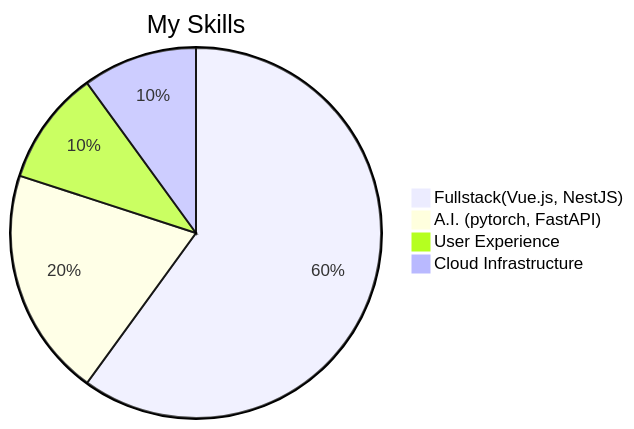
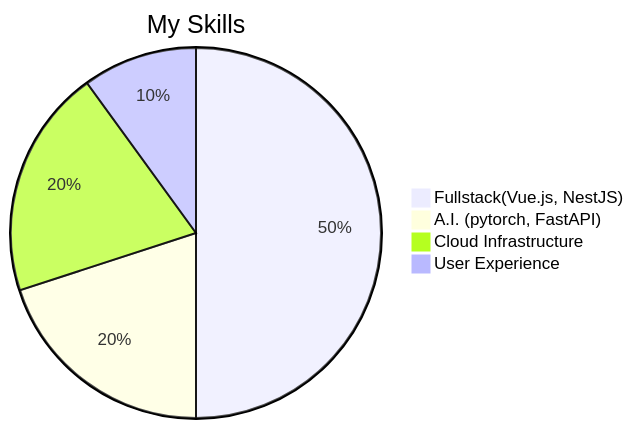
One commit to Yc-Chen/Yc-Chen changed the diagram in README.md. Above: the diagram before and after it, drawn with Mermaid.

````diff
--- a/README.md
+++ b/README.md
@@ -22,7 +22,7 @@
 ```mermaid
 pie title My Skills
-    "Fullstack(Vue.js, NestJS)" : 60
+    "Fullstack(Vue.js, NestJS)" : 50
     "A.I. (pytorch, FastAPI)" : 20
+    "Cloud Infrastructure" : 20
     "User Experience" : 10
-    "Cloud Infrastructure" : 10
 ```
````
